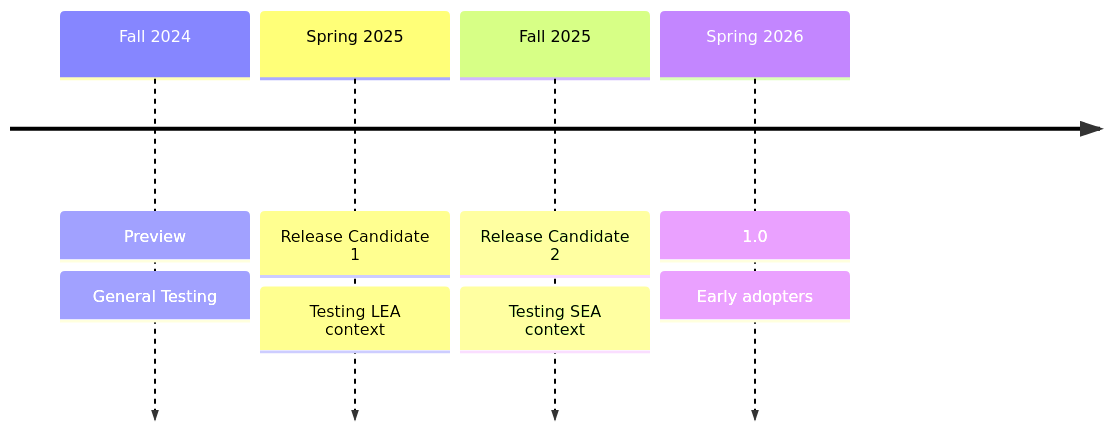
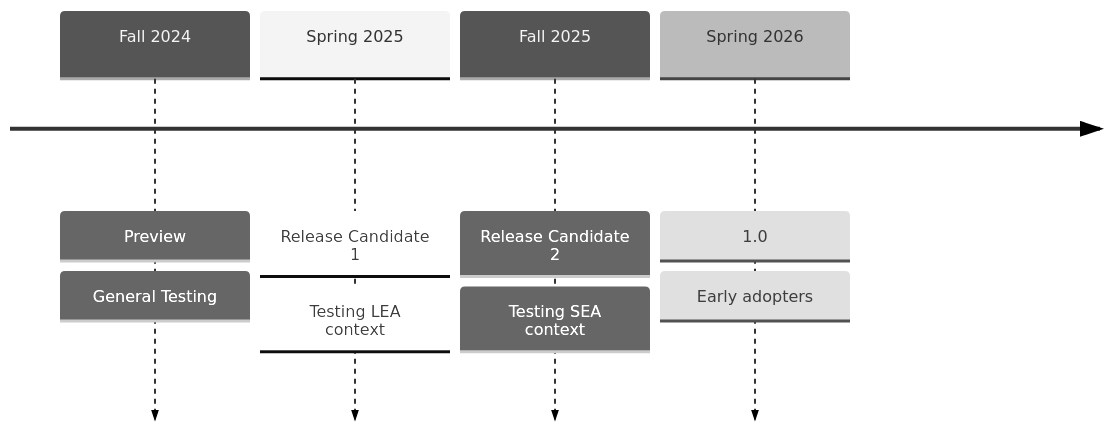
Before and after one commit to Ed-Fi-Alliance-OSS/Project-Tanager: the second of 2 diagrams in FAQ.md, drawn with Mermaid.

Commit message:
Better theme for timeline

````diff
--- a/FAQ.md
+++ b/FAQ.md
@@ -89,11 +89,12 @@
 ```mermaid
+%%{init: { 'theme': 'neutral' } }%%
 timeline
     Fall 2024 : Preview
          : General Testing
     Spring 2025 : Release Candidate 1
          : Testing LEA context
     Fall 2025 : Release Candidate 2
          : Testing SEA context
     Spring 2026 : 1.0
          : Early adopters
 ```
````
